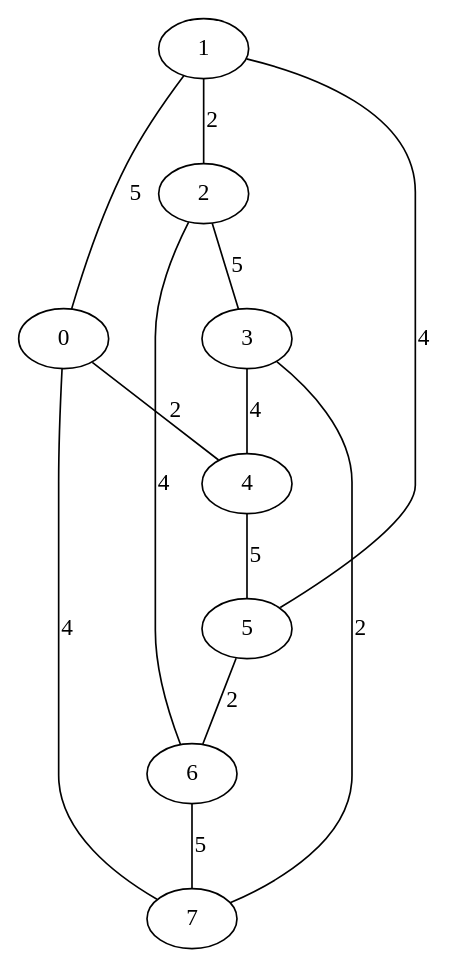
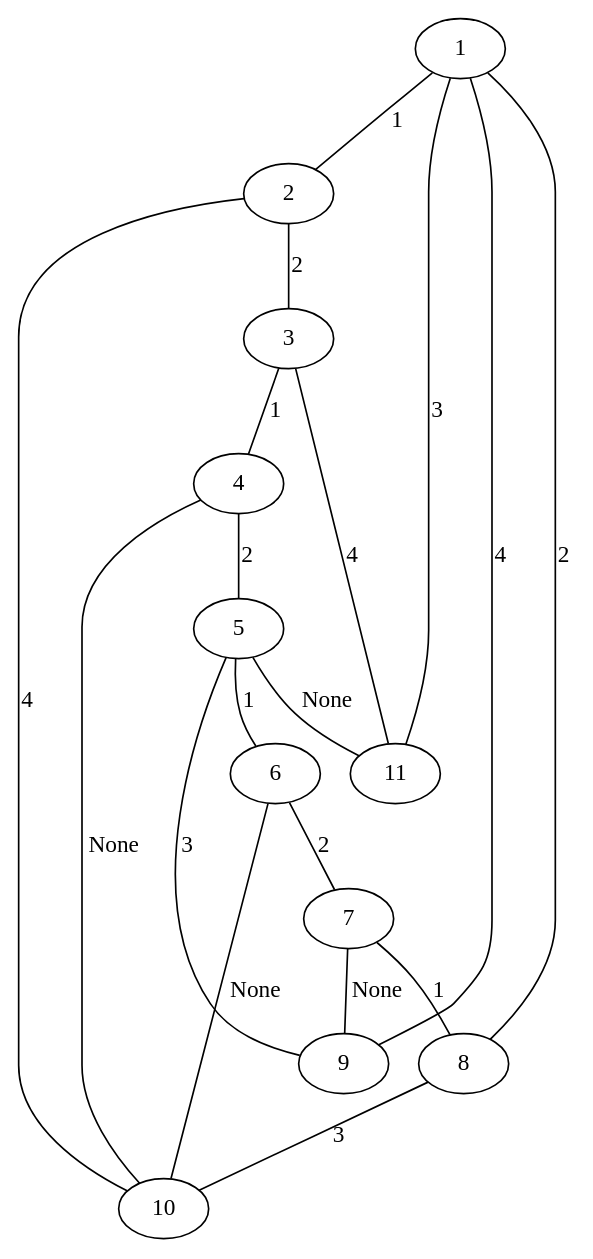
Before and after one commit to andj97/Minimalno_bojenje_grana_grafa: the diagram in solution.gv, drawn with Graphviz. The commit also changed 3 other files, not shown here.

```diff
--- a/solution.gv
+++ b/solution.gv
@@ -1,14 +1,20 @@
 graph G {
-	1 -- 0 [label=5]
-	1 -- 2 [label=2]
-	2 -- 3 [label=5]
-	3 -- 4 [label=4]
-	4 -- 5 [label=5]
-	5 -- 6 [label=2]
-	6 -- 7 [label=5]
-	0 -- 7 [label=4]
-	0 -- 4 [label=2]
-	3 -- 7 [label=2]
-	2 -- 6 [label=4]
-	1 -- 5 [label=4]
+	1 -- 2 [label=1]
+	2 -- 3 [label=2]
+	3 -- 4 [label=1]
+	4 -- 5 [label=2]
+	5 -- 6 [label=1]
+	6 -- 7 [label=2]
+	7 -- 8 [label=1]
+	8 -- 1 [label=2]
+	1 -- 11 [label=3]
+	2 -- 10 [label=4]
+	3 -- 11 [label=4]
+	4 -- 10 [label=None]
+	5 -- 11 [label=None]
+	5 -- 9 [label=3]
+	6 -- 10 [label=None]
+	7 -- 9 [label=None]
+	8 -- 10 [label=3]
+	1 -- 9 [label=4]
 }
```
